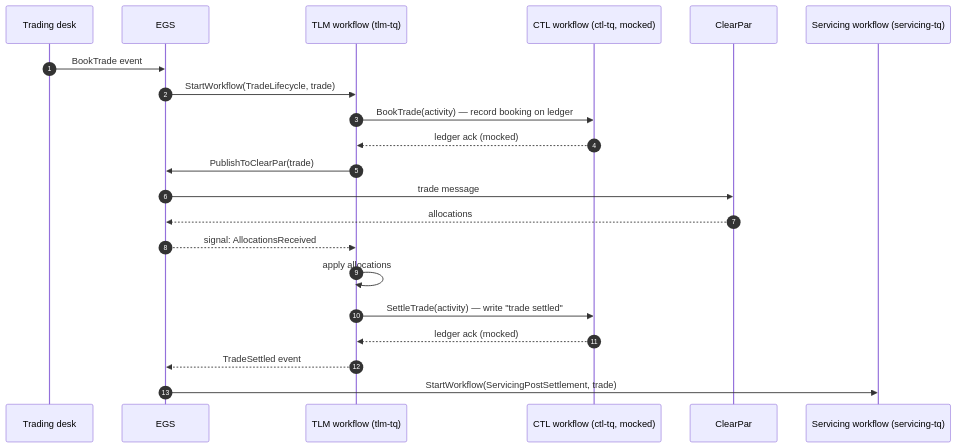
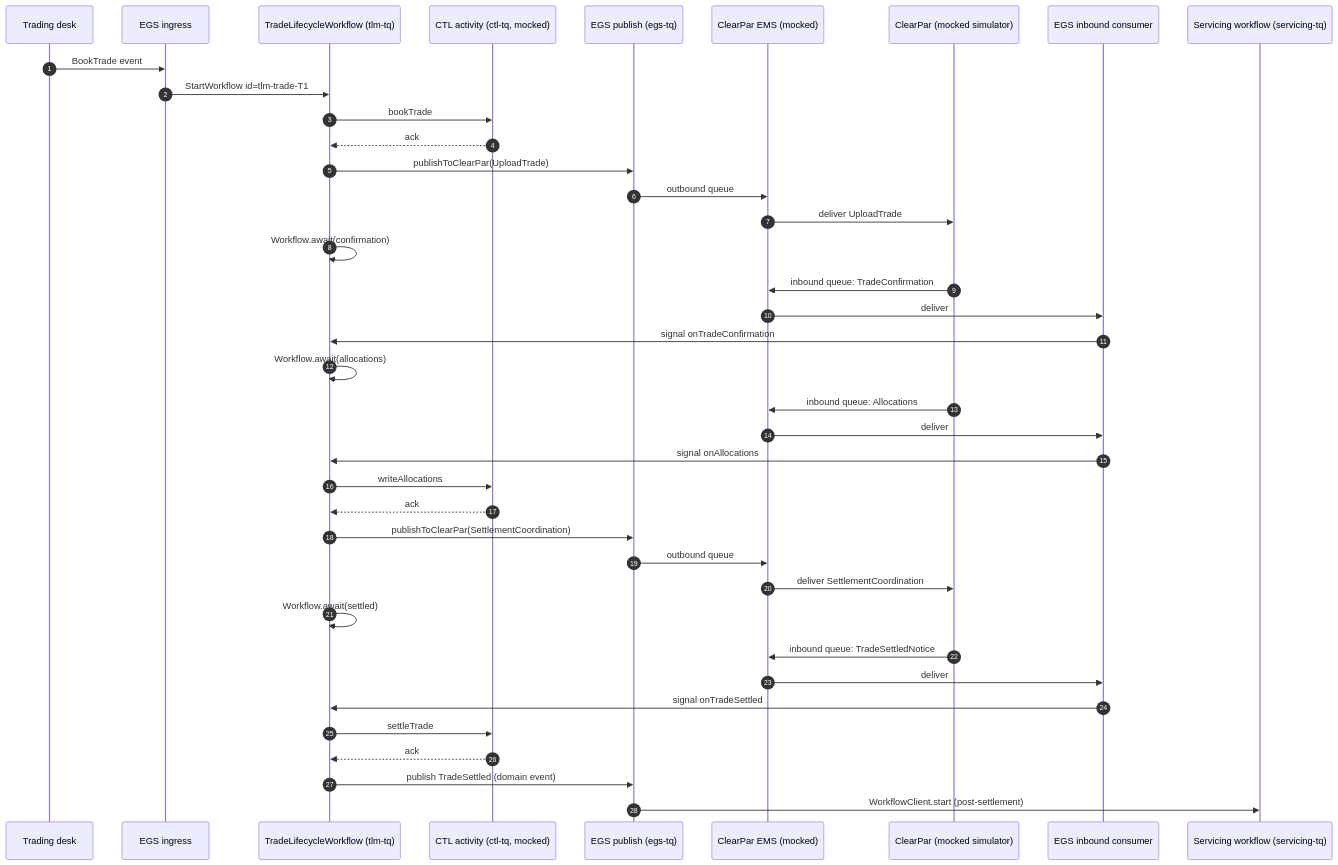
The third of 3 diagrams in design.md (InfantJerin/loan-tran), drawn with Mermaid before and after one commit. The commit also changed other lines of this file and 27 other files, not shown here.

````diff
--- a/design.md
+++ b/design.md
@@ -96,28 +103,51 @@
 ```mermaid
 sequenceDiagram
     autonumber
     participant Desk as Trading desk
-    participant EGS
-    participant TLM as TLM workflow (tlm-tq)
-    participant CTL as CTL workflow (ctl-tq, mocked)
-    participant ClearPar
+    participant EGSin as EGS ingress
+    participant TLM as TradeLifecycleWorkflow (tlm-tq)
+    participant CTL as CTL activity (ctl-tq, mocked)
+    participant EGSpub as EGS publish (egs-tq)
+    participant EMS as ClearPar EMS (mocked)
+    participant CPmock as ClearPar (mocked simulator)
+    participant Inbox as EGS inbound consumer
     participant Servicing as Servicing workflow (servicing-tq)
 
-    Desk->>EGS: BookTrade event
-    EGS->>TLM: StartWorkflow(TradeLifecycle, trade)
+    Desk->>EGSin: BookTrade event
+    EGSin->>TLM: StartWorkflow id=tlm-trade-T1
 
-    TLM->>CTL: BookTrade(activity) — record booking on ledger
-    CTL-->>TLM: ledger ack (mocked)
+    TLM->>CTL: bookTrade
+    CTL-->>TLM: ack
 
-    TLM->>EGS: PublishToClearPar(trade)
-    EGS->>ClearPar: trade message
-    ClearPar-->>EGS: allocations
-    EGS-->>TLM: signal: AllocationsReceived
+    TLM->>EGSpub: publishToClearPar(UploadTrade)
+    EGSpub->>EMS: outbound queue
+    EMS->>CPmock: deliver UploadTrade
+    TLM->>TLM: Workflow.await(confirmation)
 
-    TLM->>TLM: apply allocations
-    TLM->>CTL: SettleTrade(activity) — write "trade settled"
-    CTL-->>TLM: ledger ack (mocked)
+    CPmock->>EMS: inbound queue: TradeConfirmation
+    EMS->>Inbox: deliver
+    Inbox->>TLM: signal onTradeConfirmation
+    TLM->>TLM: Workflow.await(allocations)
 
-    TLM-->>EGS: TradeSettled event
-    EGS->>Servicing: StartWorkflow(ServicingPostSettlement, trade)
+    CPmock->>EMS: inbound queue: Allocations
+    EMS->>Inbox: deliver
+    Inbox->>TLM: signal onAllocations
+
+    TLM->>CTL: writeAllocations
+    CTL-->>TLM: ack
+
+    TLM->>EGSpub: publishToClearPar(SettlementCoordination)
+    EGSpub->>EMS: outbound queue
+    EMS->>CPmock: deliver SettlementCoordination
+    TLM->>TLM: Workflow.await(settled)
+
+    CPmock->>EMS: inbound queue: TradeSettledNotice
+    EMS->>Inbox: deliver
+    Inbox->>TLM: signal onTradeSettled
+
+    TLM->>CTL: settleTrade
+    CTL-->>TLM: ack
+
+    TLM->>EGSpub: publish TradeSettled (domain event)
+    EGSpub->>Servicing: WorkflowClient.start (post-settlement)
 ```
````
